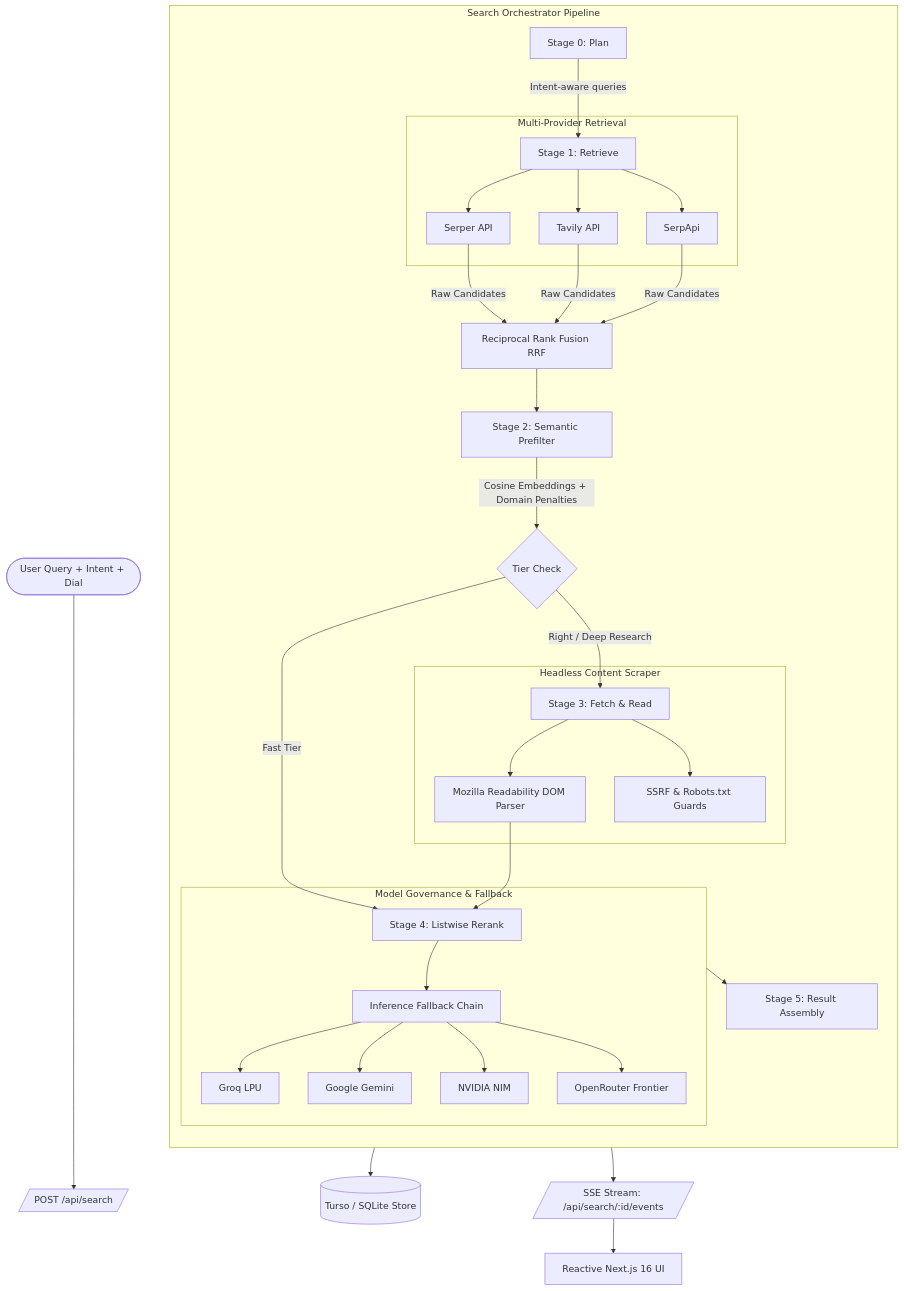
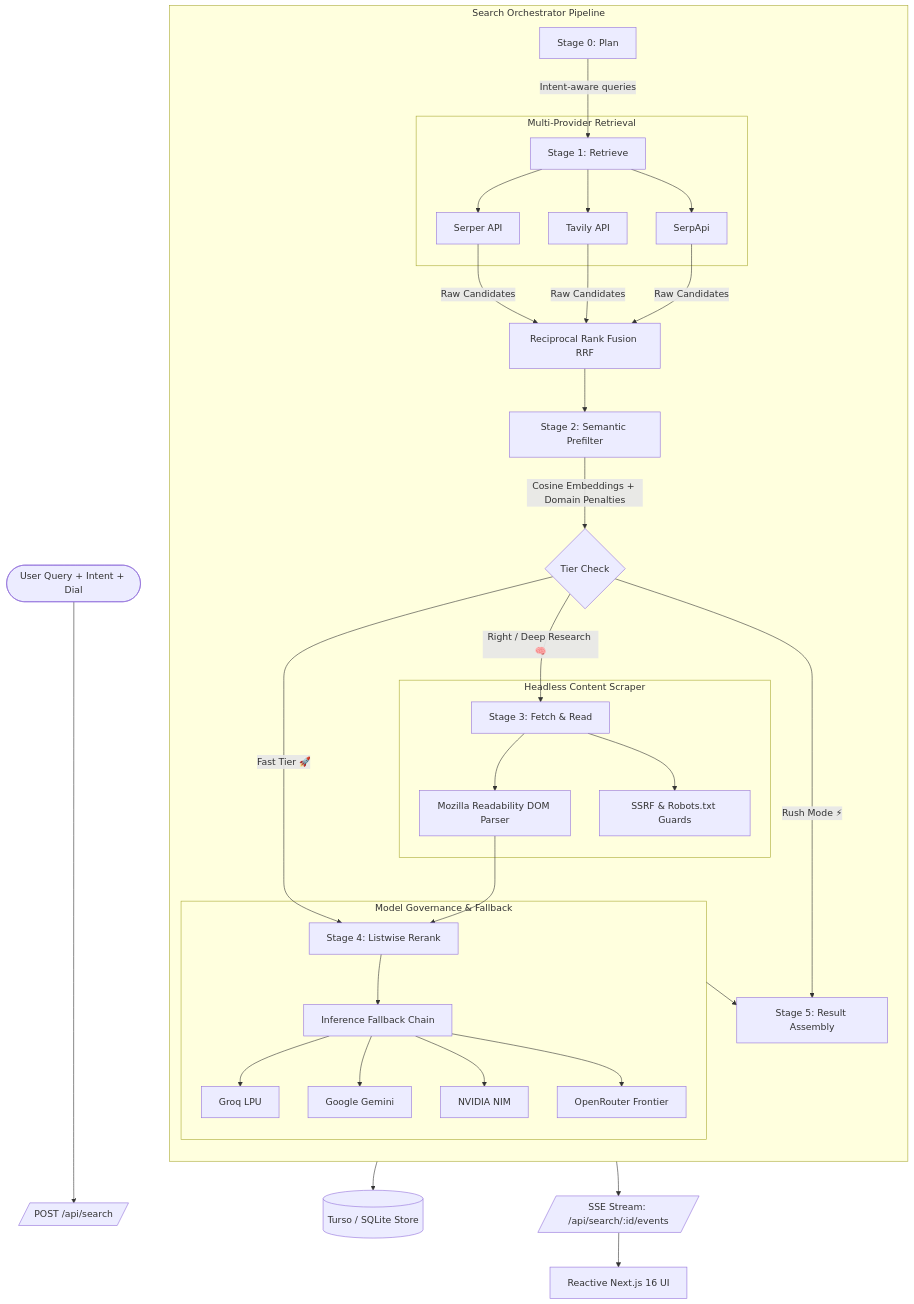
One commit to 1719pankaj/Winnow changed the diagram in README.md. Above: the diagram before and after it, drawn with Mermaid. The commit also changed other lines of this file and 14 other files, not shown here.

Commit message:
feat: eliminate 2-3s delay with instant 0ms navigation and add Rush Mode for sub-second Google speed

````diff
--- a/README.md
+++ b/README.md
@@ -142,43 +142,44 @@
 ```mermaid
 flowchart TD
     User([User Query + Intent + Dial]) --> API[/POST /api/search/]
     
     subgraph Orchestrator [Search Orchestrator Pipeline]
         direction TB
         S0[Stage 0: Plan] -->|Intent-aware queries| S1[Stage 1: Retrieve]
         
         subgraph MultiEngine [Multi-Provider Retrieval]
             S1 --> Serper[Serper API]
             S1 --> Tavily[Tavily API]
             S1 --> SerpApi[SerpApi]
         end
         
         Serper & Tavily & SerpApi -->|Raw Candidates| RRF[Reciprocal Rank Fusion RRF]
         RRF --> S2[Stage 2: Semantic Prefilter]
         
         S2 -->|Cosine Embeddings + Domain Penalties| Guard{Tier Check}
-        Guard -->|Fast Tier| S4[Stage 4: Listwise Rerank]
-        Guard -->|Right / Deep Research| S3[Stage 3: Fetch & Read]
+        Guard -->|Rush Mode ⚡| S5[Stage 5: Result Assembly]
+        Guard -->|Fast Tier 🚀| S4[Stage 4: Listwise Rerank]
+        Guard -->|Right / Deep Research 🧠| S3[Stage 3: Fetch & Read]
         
         subgraph ContentFetch [Headless Content Scraper]
             S3 --> Readability[Mozilla Readability DOM Parser]
             S3 --> SSRF[SSRF & Robots.txt Guards]
         end
         
         Readability --> S4
         
         subgraph NeuralRerank [Model Governance & Fallback]
             S4 --> ModelMatrix[Inference Fallback Chain]
             ModelMatrix --> Groq[Groq LPU]
             ModelMatrix --> Gemini[Google Gemini]
             ModelMatrix --> NIM[NVIDIA NIM]
             ModelMatrix --> OpenRouter[OpenRouter Frontier]
         end
         
         NeuralRerank --> S5[Stage 5: Result Assembly]
     end
 
     S5 --> DB[(Turso / SQLite Store)]
     S5 --> SSE[/SSE Stream: /api/search/:id/events/]
     SSE --> UI[Reactive Next.js 16 UI]
 ```
````
